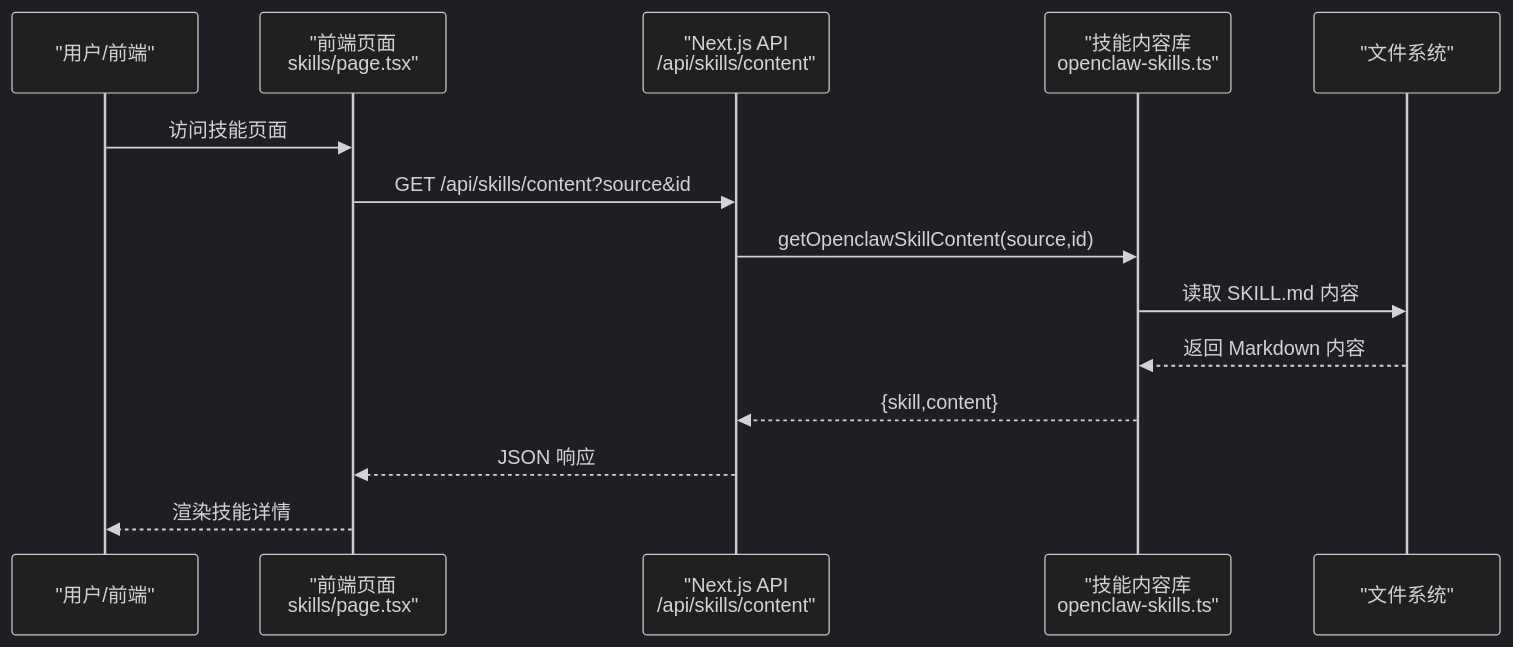
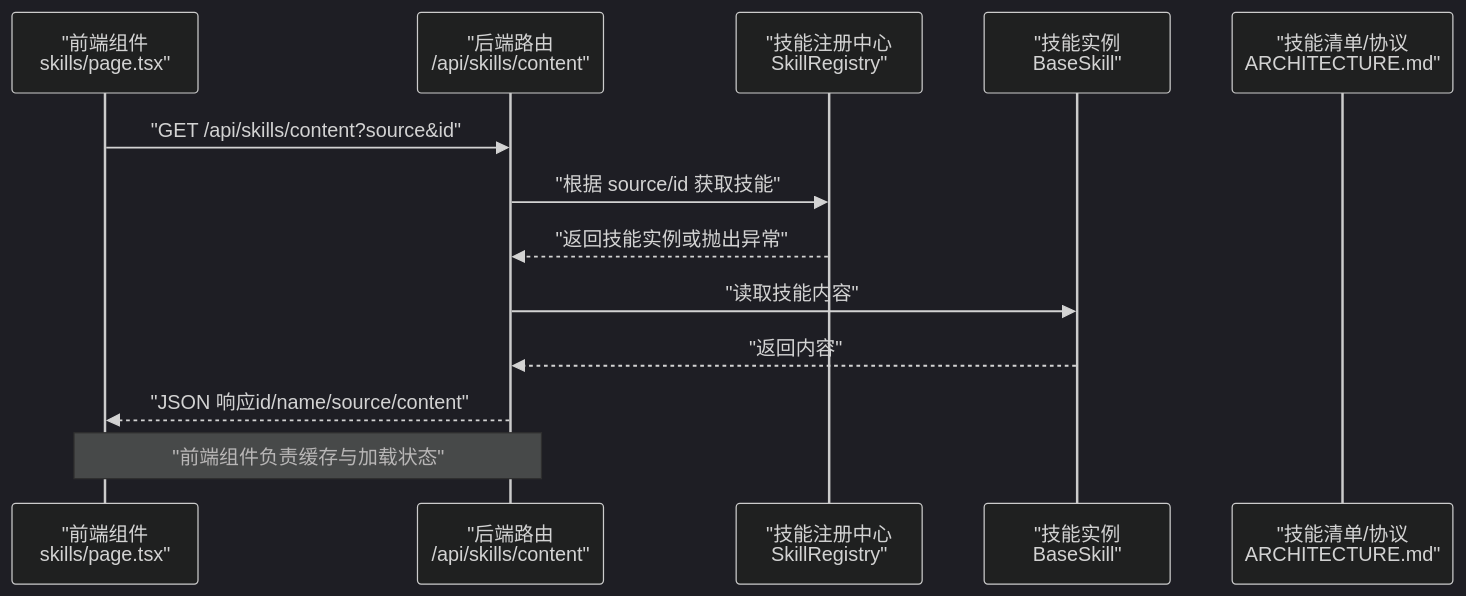
Before and after one commit to sansansansansan2022-web/hotclaw: the second of 6 diagrams in .qoder/repowiki/zh/content/技能系统/内置技能实现/新闻抓取技能.md, drawn with Mermaid (dark theme). The commit also changed other lines of this file and 288 other files, not shown here.

````diff
--- a/.qoder/repowiki/zh/content/技能系统/内置技能实现/新闻抓取技能.md
+++ b/.qoder/repowiki/zh/content/技能系统/内置技能实现/新闻抓取技能.md
@@ -80,16 +83,15 @@
 ```mermaid
 sequenceDiagram
-participant U as "用户/前端"
-participant FE as "前端页面<br/>skills/page.tsx"
-participant API as "Next.js API<br/>/api/skills/content"
-participant LIB as "技能内容库<br/>openclaw-skills.ts"
-participant FS as "文件系统"
-U->>FE : 访问技能页面
-FE->>API : GET /api/skills/content?source&id
-API->>LIB : getOpenclawSkillContent(source,id)
-LIB->>FS : 读取 SKILL.md 内容
-FS-->>LIB : 返回 Markdown 内容
-LIB-->>API : {skill,content}
-API-->>FE : JSON 响应
-FE-->>U : 渲染技能详情
+participant FE as "前端组件<br/>skills/page.tsx"
+participant API as "后端路由<br/>/api/skills/content"
+participant REG as "技能注册中心<br/>SkillRegistry"
+participant SK as "技能实例<br/>BaseSkill"
+participant MAN as "技能清单/协议<br/>ARCHITECTURE.md"
+FE->>API : "GET /api/skills/content?source&id"
+API->>REG : "根据 source/id 获取技能"
+REG-->>API : "返回技能实例或抛出异常"
+API->>SK : "读取技能内容"
+SK-->>API : "返回内容"
+API-->>FE : "JSON 响应id/name/source/content"
+Note over FE,API : "前端组件负责缓存与加载状态"
 ```
````
